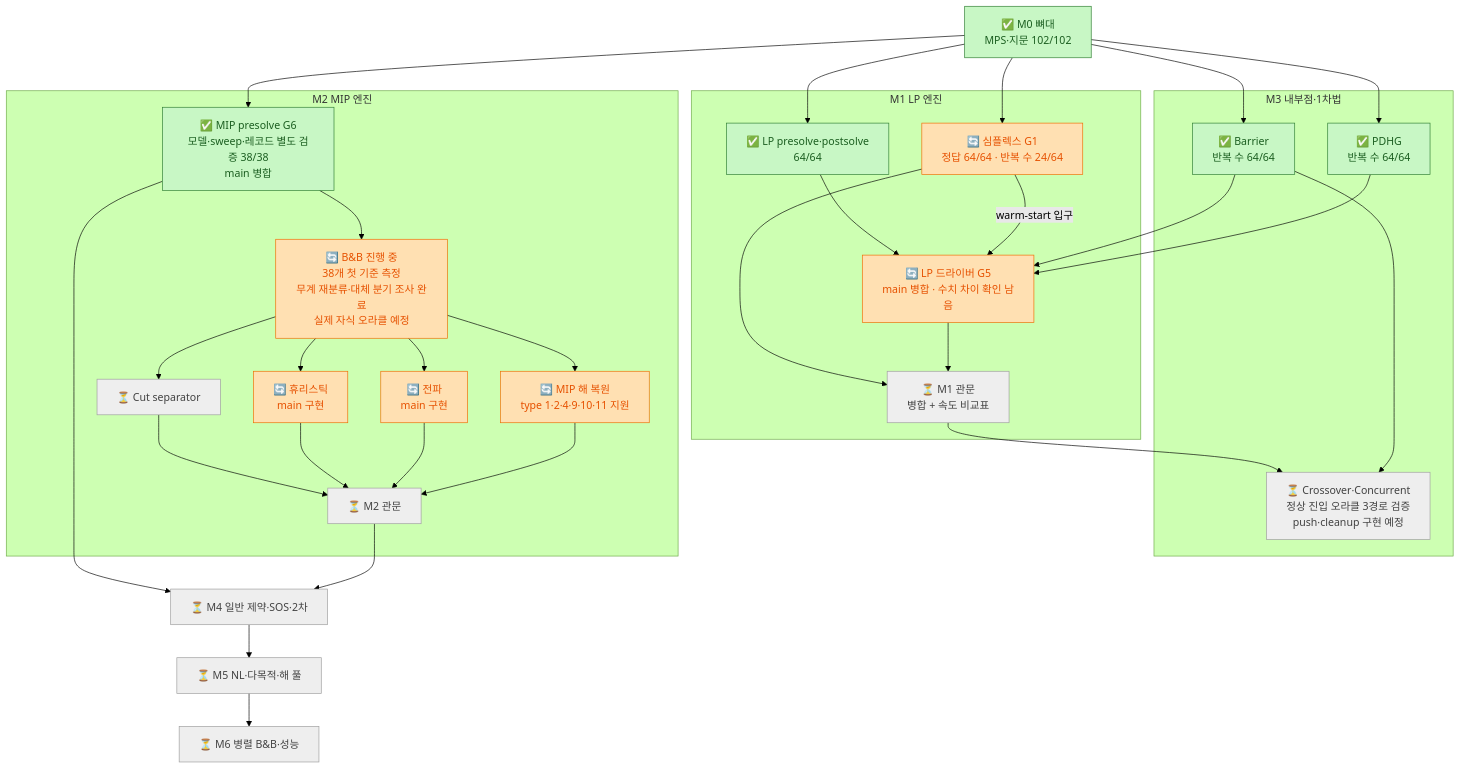
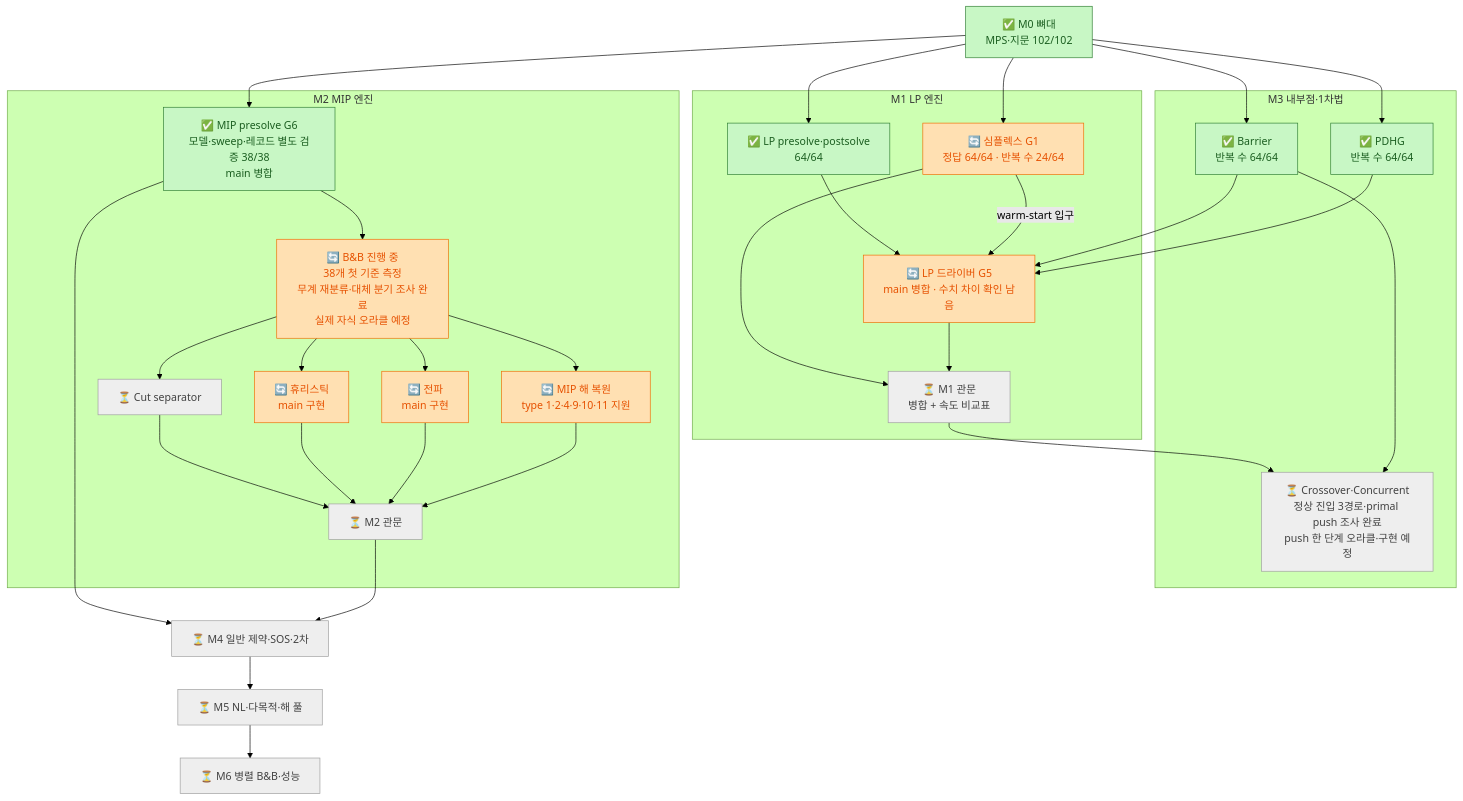
Before and after one commit to kjh278231/kerobi: the diagram in docs/12_roadmap_diagram.md, drawn with Mermaid (forest theme). The commit also changed other lines of this file and 6 other files, not shown here.

Commit message:
M3-04b 검토 결과와 후속 정상 push 오라클 인계

````diff
--- a/docs/12_roadmap_diagram.md
+++ b/docs/12_roadmap_diagram.md
@@ -25,49 +27,49 @@
 ```mermaid
 flowchart TD
     classDef done fill:#c8f7c5,stroke:#2e7d32,color:#1b5e20
     classDef doing fill:#ffe0b2,stroke:#ef6c00,color:#e65100
     classDef pending fill:#bbdefb,stroke:#1565c0,color:#0d47a1
     classDef todo fill:#eeeeee,stroke:#9e9e9e,color:#424242
 
     M0["✅ M0 뼈대<br/>MPS·지문 102/102"]:::done
 
     subgraph M1["M1 LP 엔진"]
         PRE["✅ LP presolve·postsolve<br/>64/64"]:::done
         SPX["🔄 심플렉스 G1<br/>정답 64/64 · 반복 수 24/64"]:::doing
         DRV["🔄 LP 드라이버 G5<br/>main 병합 · 수치 차이 확인 남음"]:::doing
         GATE1["⏳ M1 관문<br/>병합 + 속도 비교표"]:::todo
     end
 
     subgraph M3["M3 내부점·1차법"]
         BAR["✅ Barrier<br/>반복 수 64/64"]:::done
         PDHG["✅ PDHG<br/>반복 수 64/64"]:::done
-        XO["⏳ Crossover·Concurrent<br/>정상 진입 오라클 3경로 검증<br/>push·cleanup 구현 예정"]:::todo
+        XO["⏳ Crossover·Concurrent<br/>정상 진입 3경로·primal push 조사 완료<br/>push 한 단계 오라클·구현 예정"]:::todo
     end
 
     subgraph M2["M2 MIP 엔진"]
         MPRE["✅ MIP presolve G6<br/>모델·sweep·레코드 별도 검증 38/38<br/>main 병합"]:::done
         BNB["🔄 B&B 진행 중<br/>38개 첫 기준 측정<br/>무계 재분류·대체 분기 조사 완료<br/>실제 자식 오라클 예정"]:::doing
         CUT["⏳ Cut separator"]:::todo
         HEU["🔄 휴리스틱<br/>main 구현"]:::doing
         PROP["🔄 전파<br/>main 구현"]:::doing
         POST["🔄 MIP 해 복원<br/>type 1·2·4·9·10·11 지원"]:::doing
         GATE2["⏳ M2 관문"]:::todo
     end
 
     M4["⏳ M4 일반 제약·SOS·2차"]:::todo
     M5["⏳ M5 NL·다목적·해 풀"]:::todo
     M6["⏳ M6 병렬 B&B·성능"]:::todo
 
     M0 --> PRE & SPX & BAR & PDHG & MPRE
     PRE --> DRV
     BAR & PDHG --> DRV
     SPX -- "warm-start 입구" --> DRV
     SPX & DRV --> GATE1
     GATE1 --> XO
     BAR --> XO
     MPRE --> BNB
     BNB --> CUT & HEU & PROP & POST
     CUT & HEU & PROP & POST --> GATE2
     MPRE --> M4
     GATE2 --> M4 --> M5 --> M6
 ```
````
